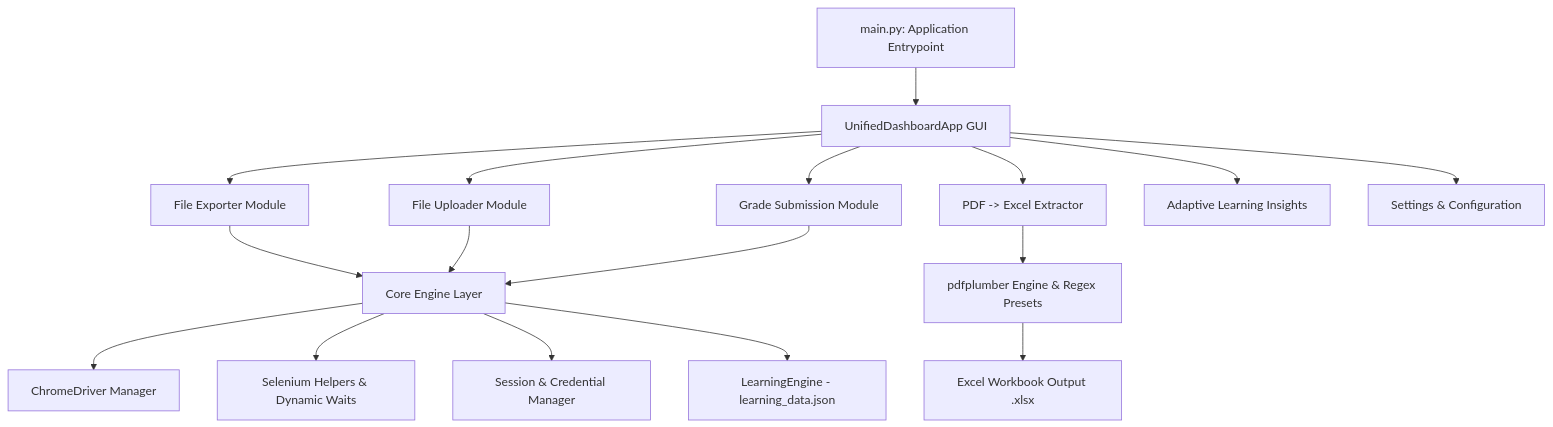
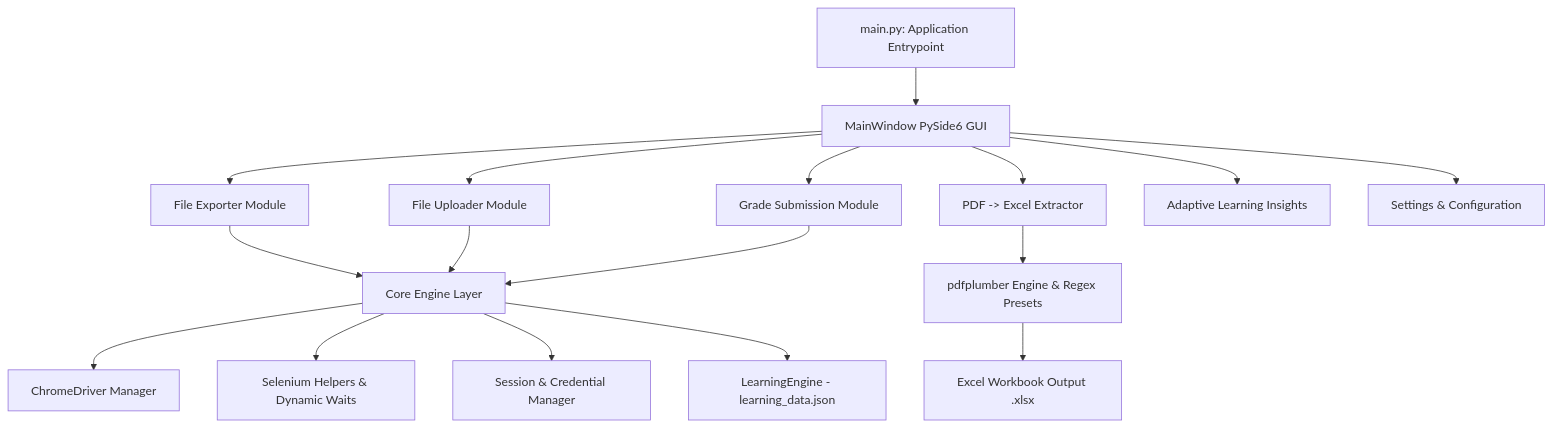
Before and after one commit to arman-hossain-git/automation: the diagram in README.md, drawn with Mermaid. The commit also changed other lines of this file and 11 other files, not shown here.

````diff
--- a/README.md
+++ b/README.md
@@ -57,19 +57,19 @@
 ```mermaid
 graph TD
-    A[main.py: Application Entrypoint] --> B[UnifiedDashboardApp GUI]
+    A[main.py: Application Entrypoint] --> B[MainWindow PySide6 GUI]
     B --> C[File Exporter Module]
     B --> D[File Uploader Module]
     B --> E[Grade Submission Module]
     B --> F[PDF -> Excel Extractor]
     B --> G[Adaptive Learning Insights]
     B --> H[Settings & Configuration]
     
     C & D & E --> I[Core Engine Layer]
     I --> J[ChromeDriver Manager]
     I --> K[Selenium Helpers & Dynamic Waits]
     I --> L[Session & Credential Manager]
     I --> M[LearningEngine - learning_data.json]
     
     F --> N[pdfplumber Engine & Regex Presets]
     N --> O[Excel Workbook Output .xlsx]
 ```
````
